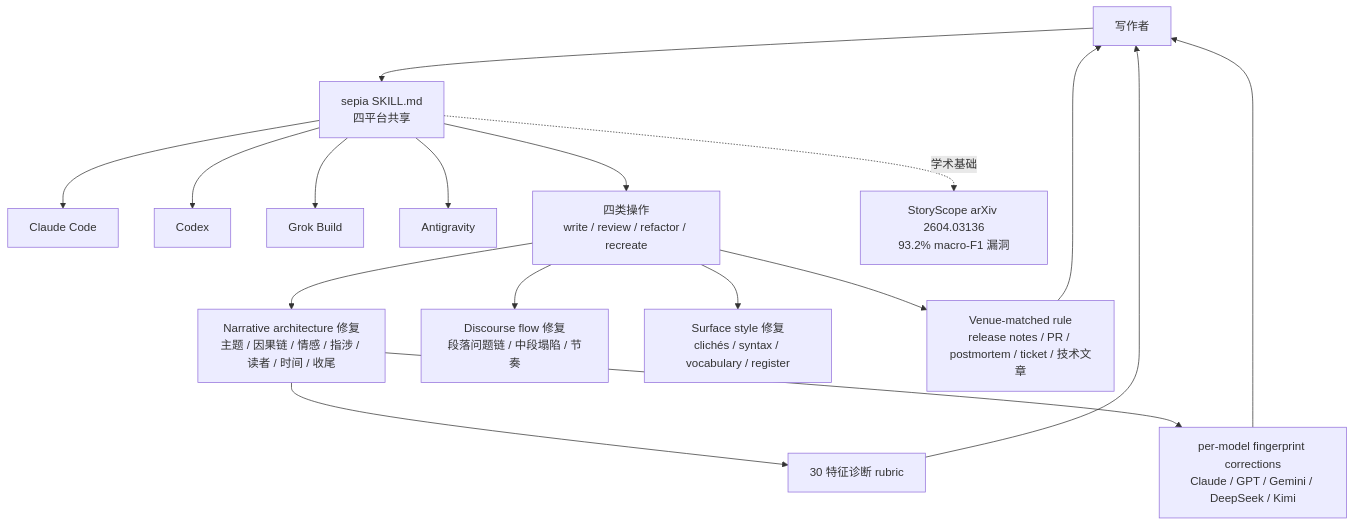
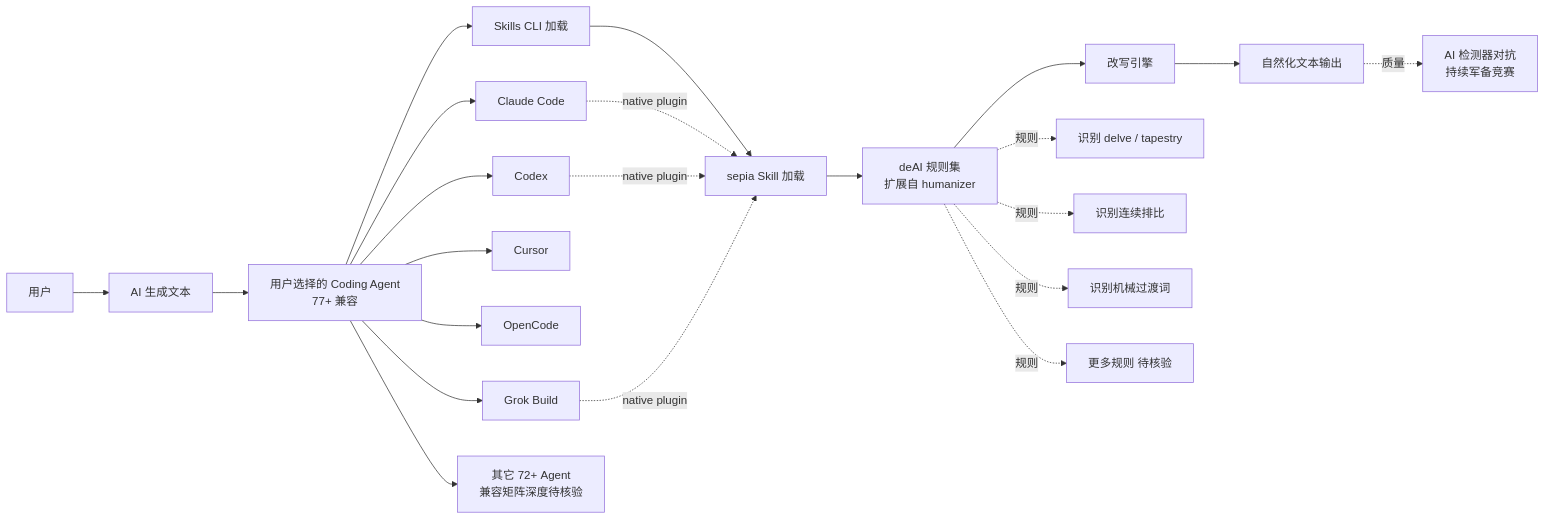
The diagram in projects/sepia.md (aiutil/github-researcher), drawn with Mermaid before and after one commit. The commit also changed other lines of this file and 30 other files, not shown here.

Commit message:
daily: 2026-09-07 趋势简报 + 10个项目档案（OpenBot/cumora/PRAXIST/m3e-canvas/sepia/fastpotify/human-atlas/codenotch/okf-agent-memory/codex-with-chatgpt）

````diff
--- a/projects/sepia.md
+++ b/projects/sepia.md
@@ -60,19 +63,24 @@
 ```mermaid
-flowchart TB
-  User[写作者] --> Skill[sepia SKILL.md<br/>四平台共享]
-  Skill --> CC[Claude Code]
-  Skill --> CX[Codex]
-  Skill --> GB[Grok Build]
-  Skill --> AG[Antigravity]
-  Skill --> Op[四类操作<br/>write / review / refactor / recreate]
-  Op --> Narrative[Narrative architecture 修复<br/>主题 / 因果链 / 情感 / 指涉 / 读者 / 时间 / 收尾]
-  Op --> Discourse[Discourse flow 修复<br/>段落问题链 / 中段塌陷 / 节奏]
-  Op --> Surface[Surface style 修复<br/>clichés / syntax / vocabulary / register]
-  Op --> Venue[Venue-matched rule<br/>release notes / PR / postmortem / ticket / 技术文章]
-  Narrative --> Rubric[30 特征诊断 rubric]
-  Narrative --> Fingerprint[per-model fingerprint corrections<br/>Claude / GPT / Gemini / DeepSeek / Kimi]
-  Rubric --> User
-  Fingerprint --> User
-  Venue --> User
-  Skill -. 学术基础 .-> StoryScope[StoryScope arXiv 2604.03136<br/>93.2% macro-F1 漏洞]
+flowchart LR
+  User[用户] --> Input[AI 生成文本]
+  Input --> Agent[用户选择的 Coding Agent<br/>77+ 兼容]
+  Agent --> CLI[Skills CLI 加载]
+  CLI --> Sepia[sepia Skill 加载]
+  Sepia --> DeAI[deAI 规则集<br/>扩展自 humanizer]
+  DeAI --> Rewrite[改写引擎]
+  Rewrite --> Output[自然化文本输出]
+  Agent --> Claude[Claude Code]
+  Agent --> Codex[Codex]
+  Agent --> Cursor[Cursor]
+  Agent --> OC[OpenCode]
+  Agent --> Grok[Grok Build]
+  Agent --> Others[其它 72+ Agent<br/>兼容矩阵深度待核验]
+  Claude -.native plugin.-> Sepia
+  Codex -.native plugin.-> Sepia
+  Grok -.native plugin.-> Sepia
+  DeAI -.规则.-> R1[识别 delve / tapestry]
+  DeAI -.规则.-> R2[识别连续排比]
+  DeAI -.规则.-> R3[识别机械过渡词]
+  DeAI -.规则.-> R4[更多规则 待核验]
+  Output -.质量.-> AI[AI 检测器对抗<br/>持续军备竞赛]
 ```
````
